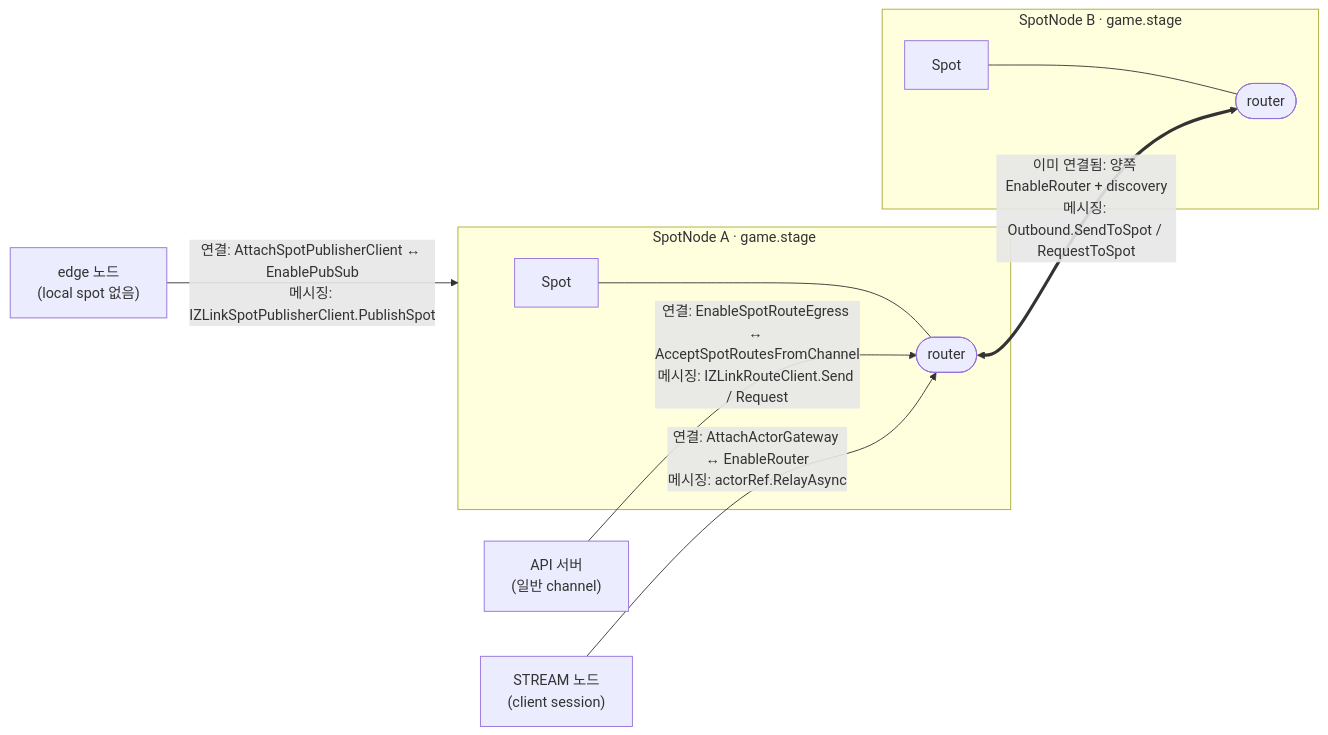
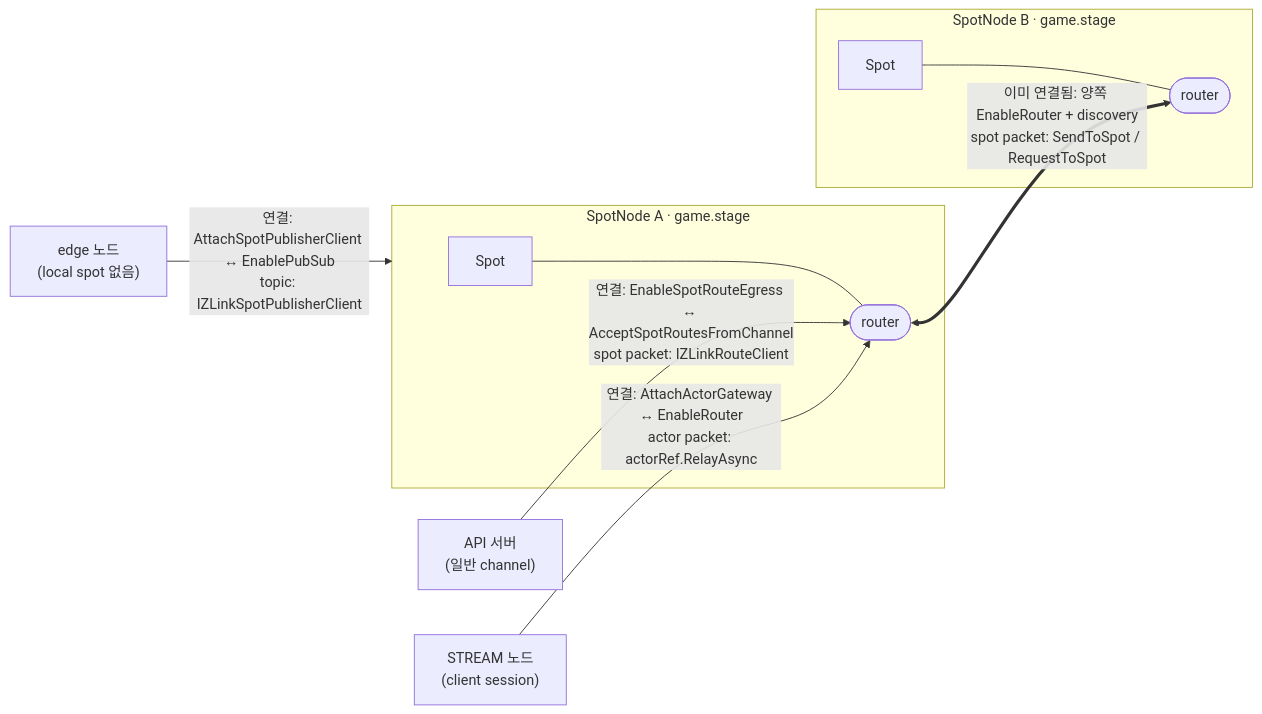
Before and after one commit to kairos-code-dev/zlink: the first of 2 diagrams in framework/doc/framework/dotnet/guide/05-spot.ko.md, drawn with Mermaid. The commit also changed other lines of this file, not shown here.

Commit message:
docs(framework): dotnet 05-spot 가이드 갱신

````diff
--- a/framework/doc/framework/dotnet/guide/05-spot.ko.md
+++ b/framework/doc/framework/dotnet/guide/05-spot.ko.md
@@ -647,13 +444,13 @@
 ```mermaid
 flowchart LR
   subgraph nodeA["SpotNode A · game.stage"]
     spotA["Spot"] --- rA(["router"])
   end
   subgraph nodeB["SpotNode B · game.stage"]
     spotB["Spot"] --- rB(["router"])
   end
-  rA <==>|"이미 연결됨: 양쪽 EnableRouter + discovery<br/>메시징: Outbound.SendToSpot / RequestToSpot"| rB
-  api["API 서버<br/>(일반 channel)"] -->|"연결: EnableSpotRouteEgress ↔ AcceptSpotRoutesFromChannel<br/>메시징: IZLinkRouteClient.Send / Request"| rA
-  edge["edge 노드<br/>(local spot 없음)"] -->|"연결: AttachSpotPublisherClient ↔ EnablePubSub<br/>메시징: IZLinkSpotPublisherClient.PublishSpot"| nodeA
-  strm["STREAM 노드<br/>(client session)"] -->|"연결: AttachActorGateway ↔ EnableRouter<br/>메시징: actorRef.RelayAsync"| rA
+  rA <==>|"이미 연결됨: 양쪽 EnableRouter + discovery<br/>spot packet: SendToSpot / RequestToSpot"| rB
+  api["API 서버<br/>(일반 channel)"] -->|"연결: EnableSpotRouteEgress ↔ AcceptSpotRoutesFromChannel<br/>spot packet: IZLinkRouteClient"| rA
+  edge["edge 노드<br/>(local spot 없음)"] -->|"연결: AttachSpotPublisherClient ↔ EnablePubSub<br/>topic: IZLinkSpotPublisherClient"| nodeA
+  strm["STREAM 노드<br/>(client session)"] -->|"연결: AttachActorGateway ↔ EnableRouter<br/>actor packet: actorRef.RelayAsync"| rA
 ```
````
